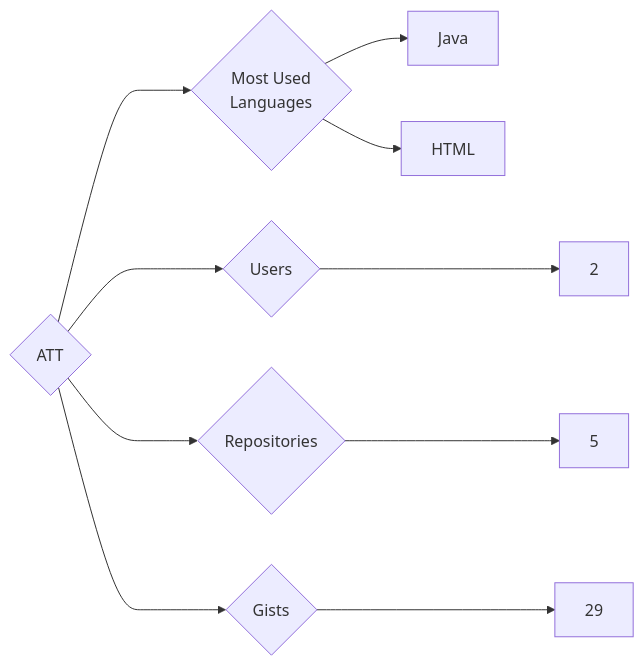
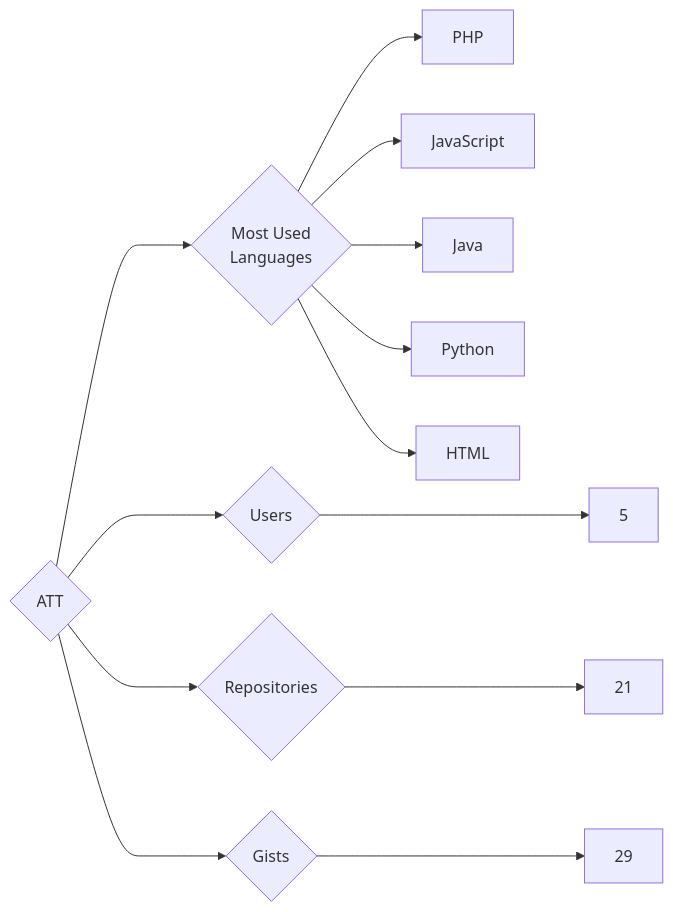
One commit to trickest/insiders changed the diagram in targets/ATT/README.md. Above: the diagram before and after it, drawn with Mermaid. The commit also changed 1055 other files, not shown here.

````diff
--- a/targets/ATT/README.md
+++ b/targets/ATT/README.md
@@ -3,10 +3,13 @@
 ```mermaid
 graph LR
 COMPANY_NAME{ATT}
-COMPANY_NAME ---> U{Users} ---> UN[2]
-COMPANY_NAME ---> R{Repositories} ---> RN[5]
+COMPANY_NAME ---> U{Users} ---> UN[5]
+COMPANY_NAME ---> R{Repositories} ---> RN[21]
 COMPANY_NAME ---> G{Gists} ---> GN[29]
 COMPANY_NAME ---> ML{Most Used<br>Languages}
+ML --> PHP[PHP]
+ML --> JavaScript[JavaScript]
 ML --> Java[Java]
+ML --> Python[Python]
 ML --> HTML[HTML]
 ```
````
